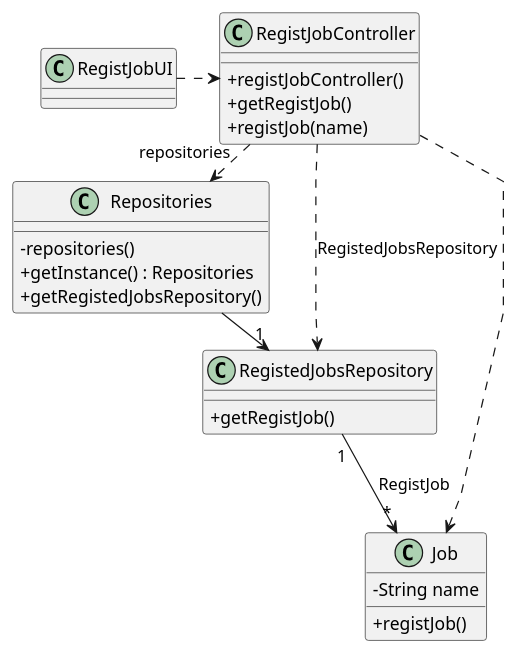
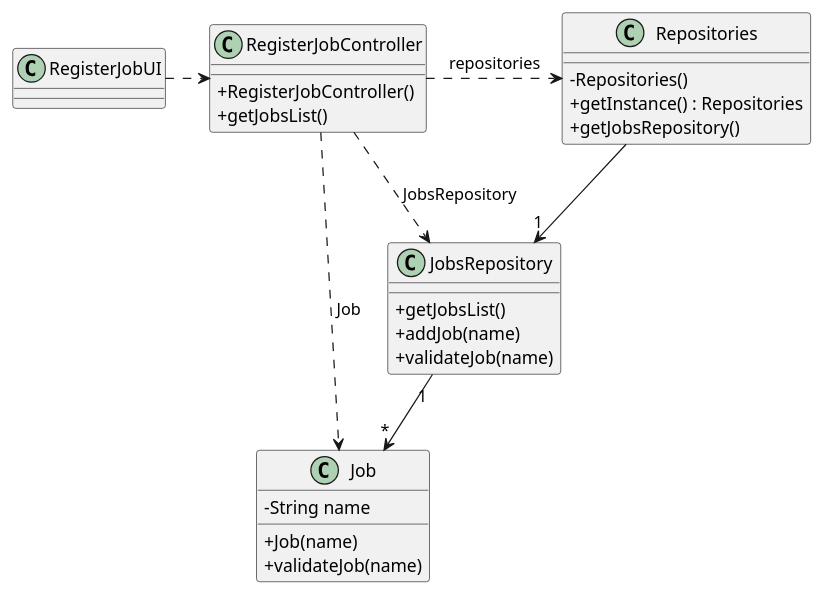
One commit to 1231360-ISEP/lei-24-s2-1db-g021 changed the diagram in docs/sprint2/us002/03.design/puml/us002-class-diagram.puml. Above: the diagram before and after it, drawn with PlantUML. The commit also changed 1 other file, not shown here.

Commit message:
US2 - update class diagram and SVG

```diff
--- a/docs/sprint2/us002/03.design/puml/us002-class-diagram.puml
+++ b/docs/sprint2/us002/03.design/puml/us002-class-diagram.puml
@@ -1,44 +1,45 @@
 @startuml
 skinparam packageStyle rectangle
 skinparam shadowing false
 skinparam linetype polyline
 skinparam classAttributeIconSize 0
 
+
+class RegisterJobUI {
+}
+
+class RegisterJobController {
+    + RegisterJobController()
+    + getJobsList()
+}
+
 class Job {
     - String name
-    + registJob()
+    + Job(name)
+    + validateJob(name)
 }
 
-class RegistedJobsRepository {
-    + getRegistJob()
+class JobsRepository {
+    + getJobsList()
+    + addJob(name)
+    + validateJob(name)
 }
 
 class Repositories {
-    - repositories()
+    - Repositories()
     + getInstance() : Repositories
-    + getRegistedJobsRepository()
+    + getJobsRepository()
 }
 
-class RegistJobController {
-    + registJobController()
-    + getRegistJob()
-    + registJob(name)
-}
+RegisterJobUI .> RegisterJobController
 
-class RegistJobUI {
-}
+RegisterJobController .> Repositories : repositories
 
-RegistJobUI .> RegistJobController
+Repositories --> "1" JobsRepository
 
-RegistJobController .> Repositories : repositories
+RegisterJobController ..> Job : Job
+RegisterJobController ..> JobsRepository : JobsRepository
 
-Repositories -> "1" RegistedJobsRepository
-
-RegistJobController ..> Job
-RegistJobController ..> RegistedJobsRepository : RegistedJobsRepository
-
-
-RegistedJobsRepository "1" --> "*" Job : RegistJob
-
+JobsRepository "1" --> "*" Job
 
 @enduml
```
